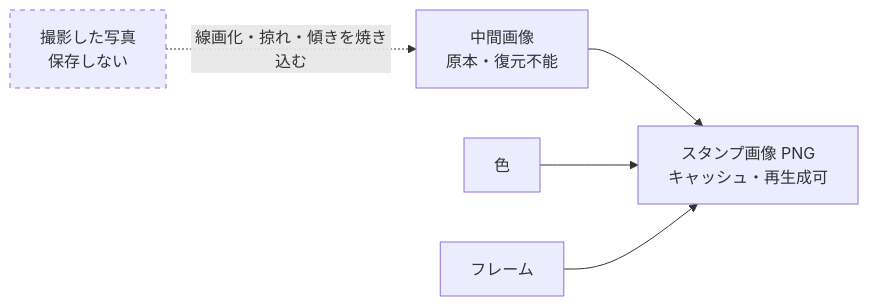
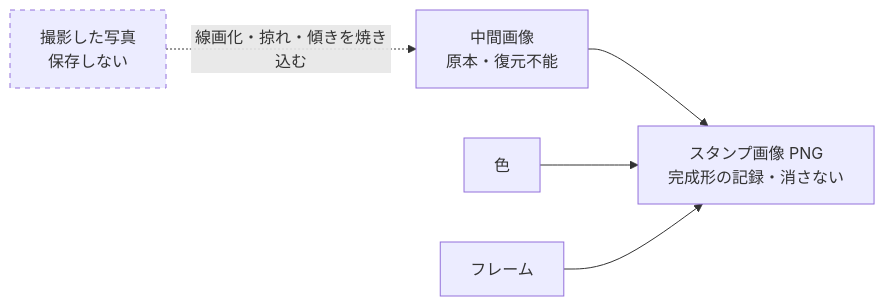
Before and after one commit to monarizzz/tabipon: the second of 3 diagrams in docs/data-model.md, drawn with Mermaid. The commit also changed other lines of this file, not shown here.

````diff
--- a/docs/data-model.md
+++ b/docs/data-model.md
@@ -136,15 +137,15 @@
 ```mermaid
 flowchart LR
     photo["撮影した写真<br/>保存しない"]
     line["中間画像<br/>原本・復元不能"]
     color["色"]
     frame["フレーム"]
-    png["スタンプ画像 PNG<br/>キャッシュ・再生成可"]
+    png["スタンプ画像 PNG<br/>完成形の記録・消さない"]
 
     photo -.->|線画化・掠れ・傾きを焼き込む| line
     line --> png
     color --> png
     frame --> png
 
     style photo stroke-dasharray: 5 5
 ```
````
